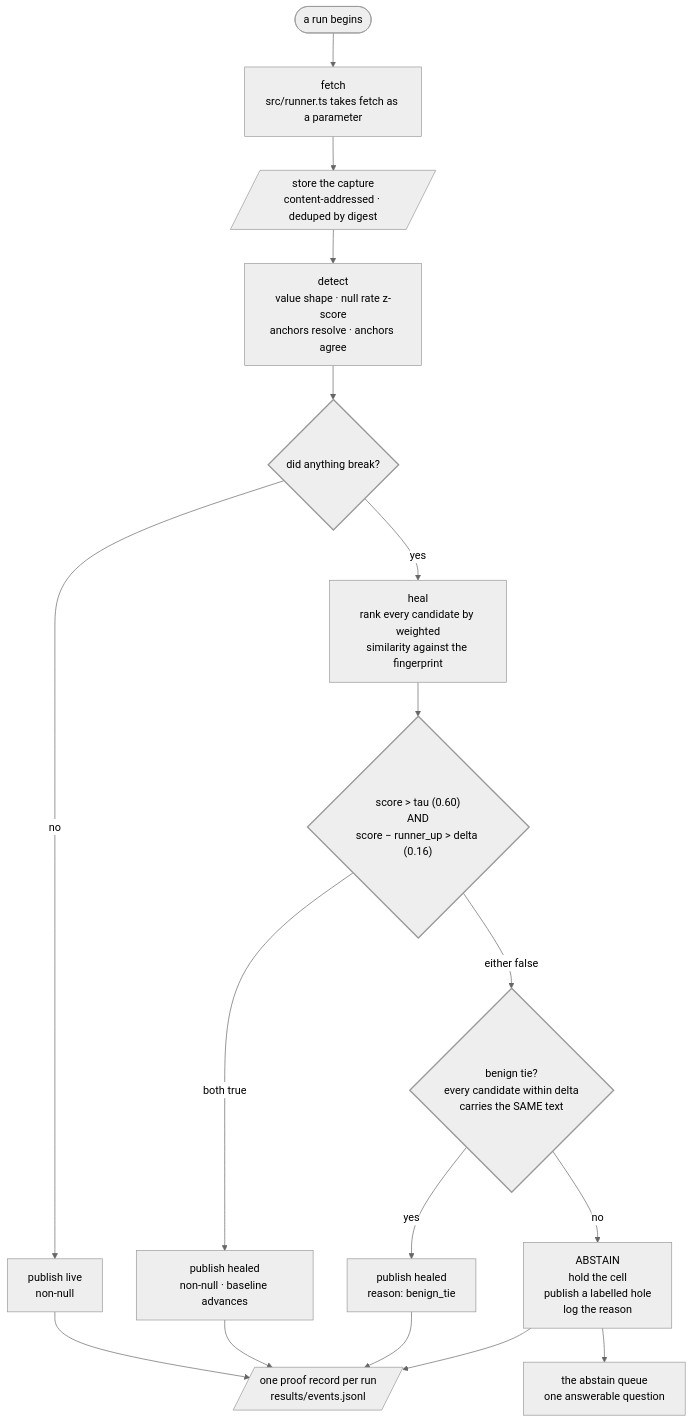
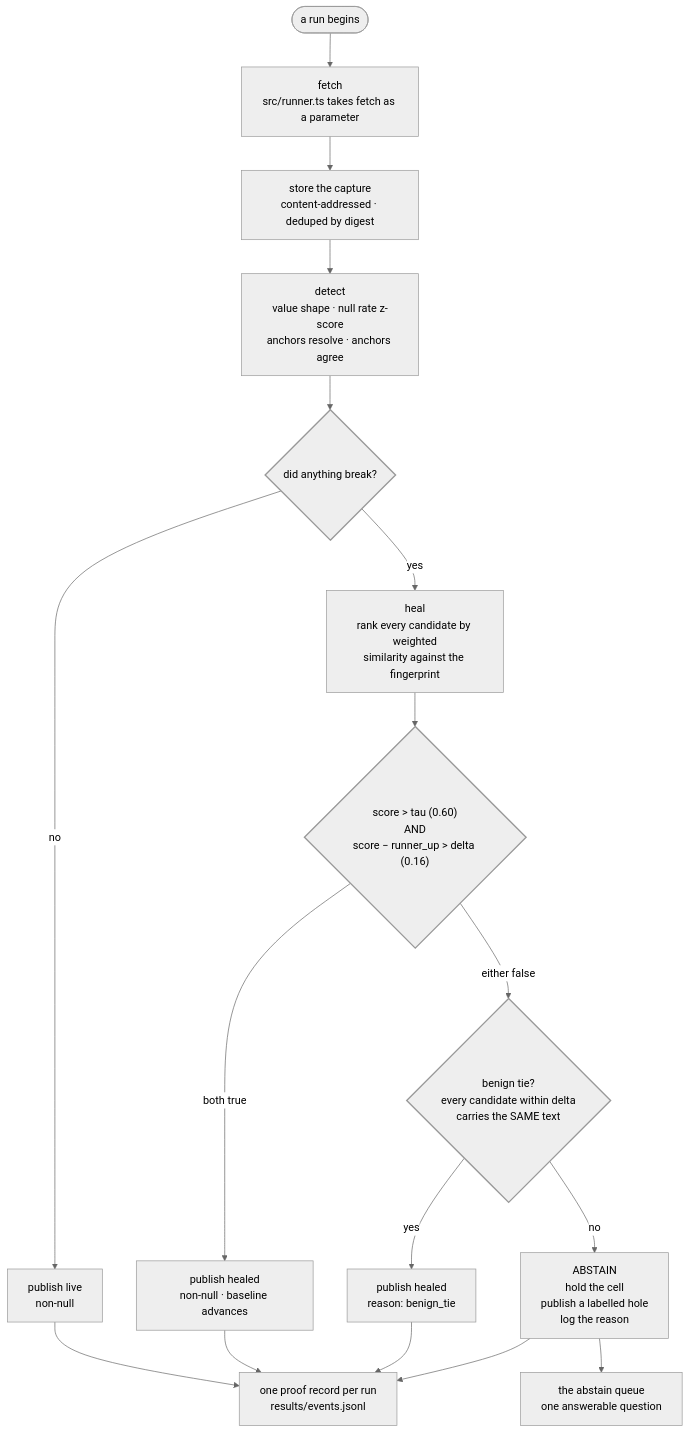
Before and after one commit to Vaibhav91one/assay: the diagram in web/content/docs/run-flow.mdx, drawn with Mermaid (neutral theme). The commit also changed 2 other files, not shown here.

Commit message:
fix(docs): the capture nodes are rectangles, because the renderer draws no parallelogram
`node[/"text"/]` is mermaid.js's parallelogram, and beautiful-mermaid does
not implement it -- it does not throw, it emits the delimiters as label
text, so the capture node read `/"store the capture ... digest"/`. A
rectangle says the same thing and draws.

````diff
--- a/web/content/docs/run-flow.mdx
+++ b/web/content/docs/run-flow.mdx
@@ -8,27 +8,27 @@
 ```mermaid
 flowchart TB
   start(["a run begins"]) --> fetch["fetch<br/>src/runner.ts takes fetch as a parameter"]
-  fetch --> capture[/"store the capture<br/>content-addressed · deduped by digest"/]
+  fetch --> capture["store the capture<br/>content-addressed · deduped by digest"]
   capture --> detect["detect<br/>value shape · null rate z-score<br/>anchors resolve · anchors agree"]
 
   detect --> broke{"did anything break?"}
   broke -->|"no"| live["publish live<br/>non-null"]
 
   broke -->|"yes"| heal["heal<br/>rank every candidate by weighted<br/>similarity against the fingerprint"]
   heal --> gate{"score &gt; tau (0.60)<br/>AND<br/>score − runner_up &gt; delta (0.16)"}
 
   gate -->|"both true"| healed["publish healed<br/>non-null · baseline advances"]
   gate -->|"either false"| tie{"benign tie?<br/>every candidate within delta<br/>carries the SAME text"}
 
   tie -->|"yes"| benign["publish healed<br/>reason: benign_tie"]
   tie -->|"no"| abstain["ABSTAIN<br/>hold the cell<br/>publish a labelled hole<br/>log the reason"]
 
-  live --> proof[/"one proof record per run<br/>results/events.jsonl"/]
+  live --> proof["one proof record per run<br/>results/events.jsonl"]
   healed --> proof
   benign --> proof
   abstain --> queue["the abstain queue<br/>one answerable question"]
   abstain --> proof
 
   classDef decision stroke-width:2px
   class gate,tie,broke decision
 ```
````
